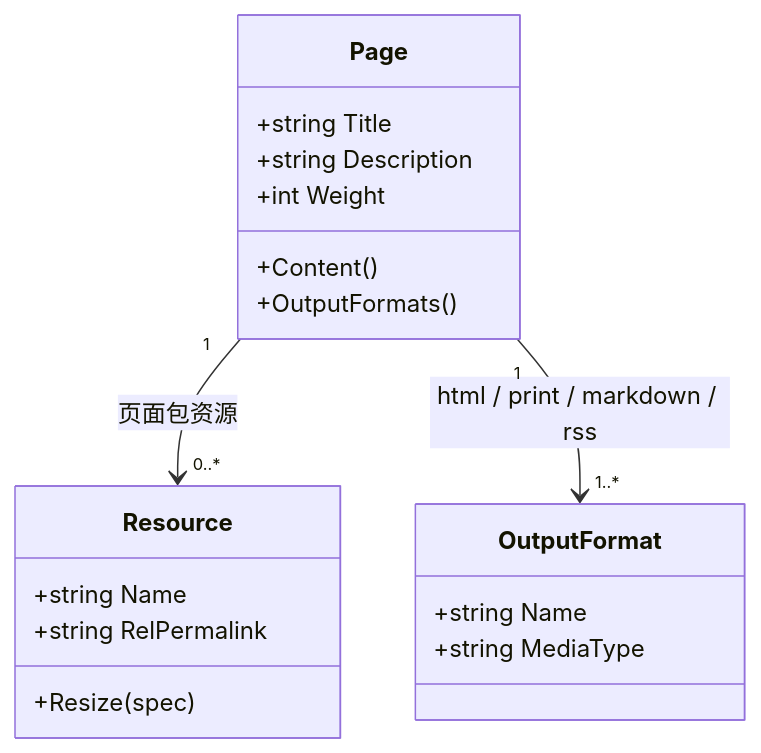
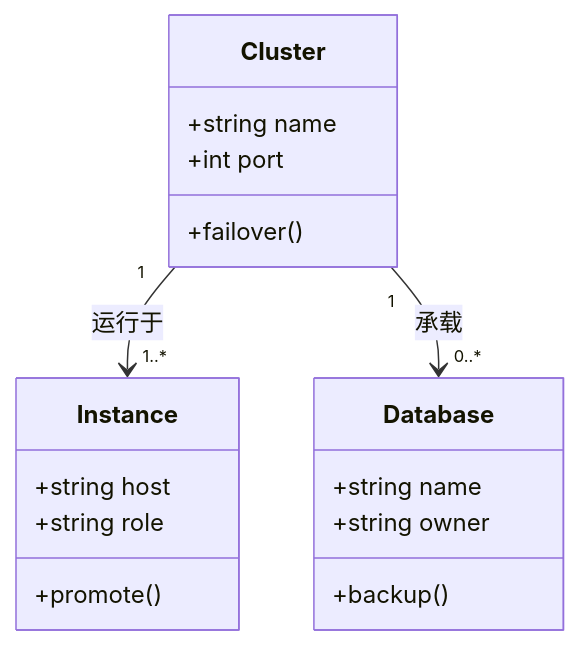
Before and after one commit to pgsty/oink.pgsty.com: the fourth of 9 diagrams in content/docs/components/mermaid.zh.md, drawn with Mermaid. The commit also changed other lines of this file and 148 other files, not shown here.

````diff
--- a/content/docs/components/mermaid.zh.md
+++ b/content/docs/components/mermaid.zh.md
@@ -133,21 +134,20 @@
 ```mermaid
 classDiagram
-  class Page {
-    +string Title
-    +string Description
-    +int Weight
-    +Content()
-    +OutputFormats()
+  class Cluster {
+    +string name
+    +int port
+    +failover()
   }
-  class Resource {
-    +string Name
-    +string RelPermalink
-    +Resize(spec)
+  class Instance {
+    +string host
+    +string role
+    +promote()
   }
-  class OutputFormat {
-    +string Name
-    +string MediaType
+  class Database {
+    +string name
+    +string owner
+    +backup()
   }
-  Page "1" --> "0..*" Resource : 页面包资源
-  Page "1" --> "1..*" OutputFormat : html / print / markdown / rss
+  Cluster "1" --> "1..*" Instance : 运行于
+  Cluster "1" --> "0..*" Database : 承载
 ```
````
